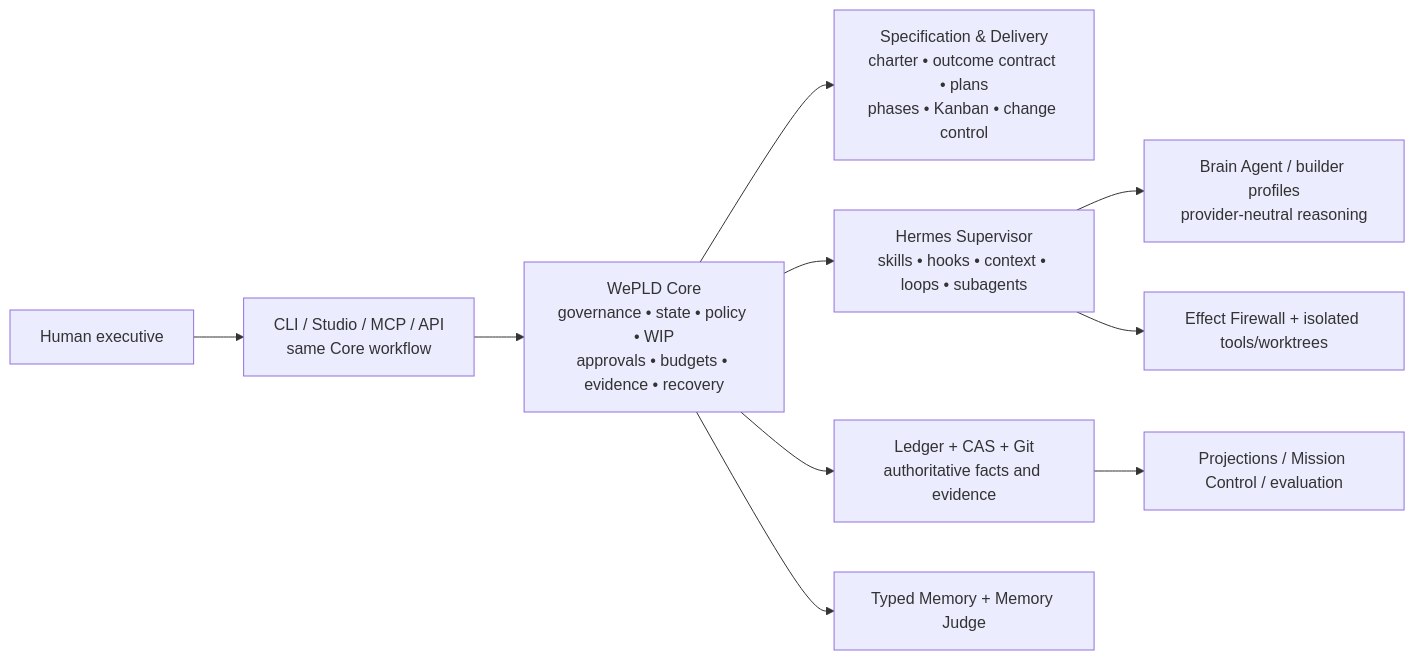
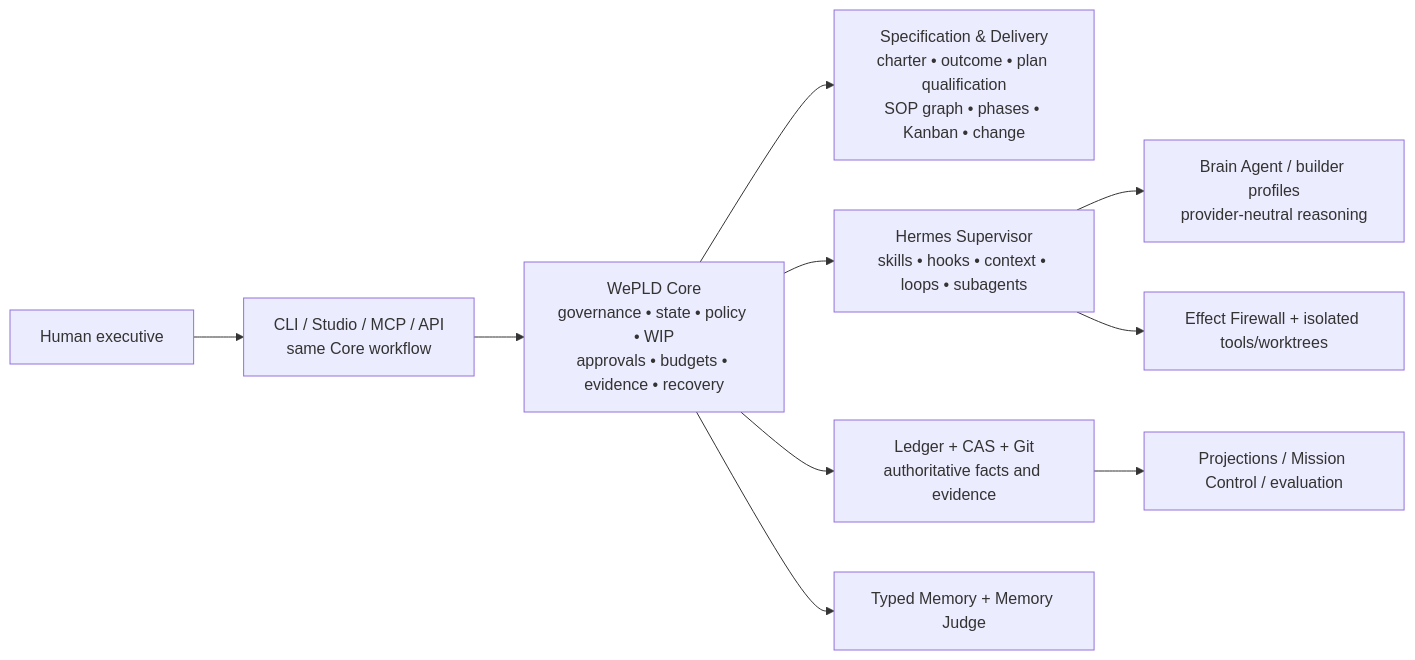
One commit to wepld/wepld changed the diagram in docs/30_ARCHITECTURE_SUMMARY.md. Above: the diagram before and after it, drawn with Mermaid. The commit also changed other lines of this file and 38 other files, not shown here.

Commit message:
docs: refine Hermes roadmap and reference experiments

```diff
--- a/docs/30_ARCHITECTURE_SUMMARY.md
+++ b/docs/30_ARCHITECTURE_SUMMARY.md
@@ -51,12 +53,12 @@
 ~~~mermaid
 flowchart LR
   H["Human executive"] --> S["CLI / Studio / MCP / API\nsame Core workflow"]
   S --> C["WePLD Core\ngovernance • state • policy • WIP\napprovals • budgets • evidence • recovery"]
-  C --> G["Specification & Delivery\ncharter • outcome contract • plans\nphases • Kanban • change control"]
+  C --> G["Specification & Delivery\ncharter • outcome • plan qualification\nSOP graph • phases • Kanban • change"]
   C --> X["Hermes Supervisor\nskills • hooks • context • loops • subagents"]
   X --> B["Brain Agent / builder profiles\nprovider-neutral reasoning"]
   X --> T["Effect Firewall + isolated tools/worktrees"]
   C --> E["Ledger + CAS + Git\nauthoritative facts and evidence"]
   C --> M["Typed Memory + Memory Judge"]
   E --> Q["Projections / Mission Control / evaluation"]
 ~~~
```
